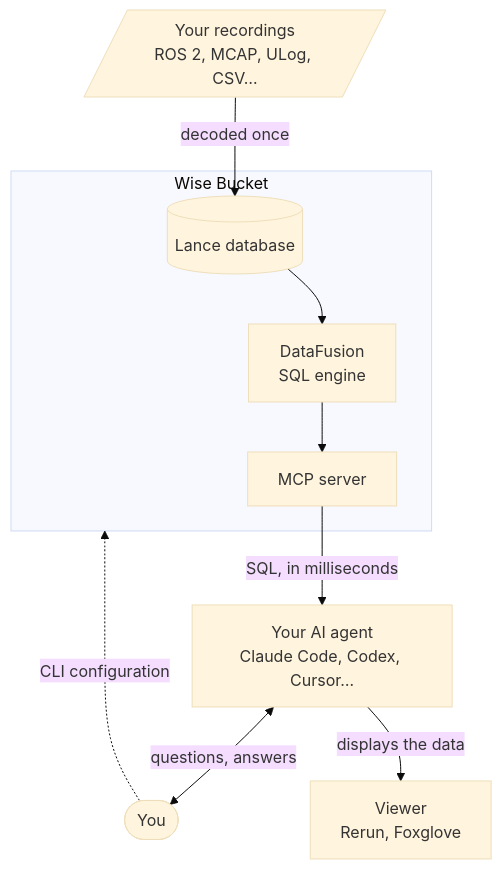
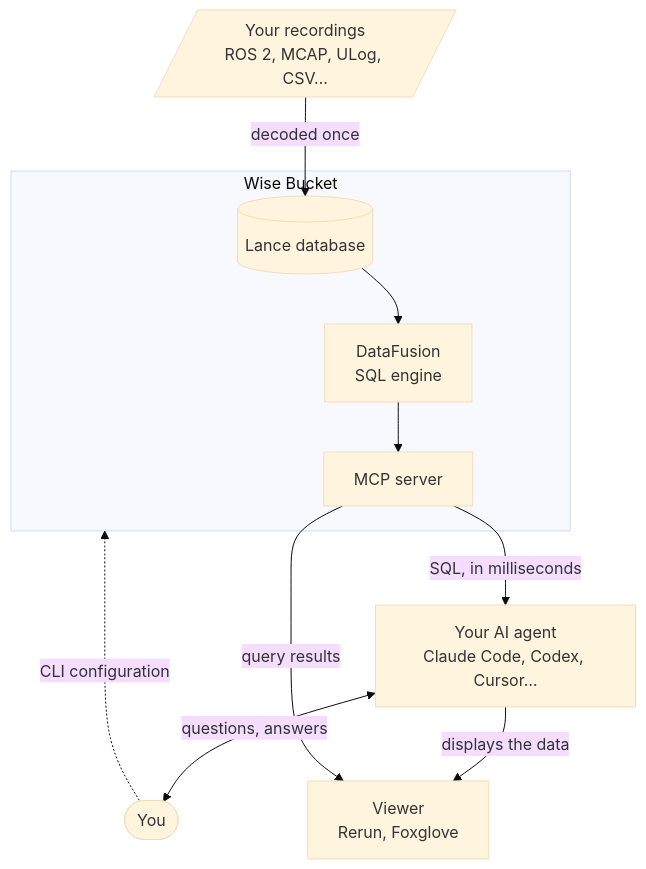
One commit to MBagory/wise-bucket changed the diagram in README.md. Above: the diagram before and after it, drawn with Mermaid (base theme). The commit also changed other lines of this file and 20 other files, not shown here.

Commit message:
Send query results to a running Rerun viewer

````diff
--- a/README.md
+++ b/README.md
@@ -40,11 +40,12 @@
 ```mermaid
 flowchart TB
     subgraph wb["Wise Bucket"]
         store[("Lance database")] --> engine["DataFusion<br/>SQL engine"] --> mcp["MCP server"]
     end
     rec[/"Your recordings<br/>ROS 2, MCAP, ULog, CSV…"/] -->|"decoded once"| store
     mcp -->|"SQL, in milliseconds"| agent["Your AI agent<br/>Claude Code, Codex, Cursor…"]
     agent <-->|"questions, answers"| you(["You"])
     agent -->|"displays the data"| viewer["Viewer<br/>Rerun, Foxglove"]
+    mcp -->|"query results"| viewer
     you -.->|"CLI configuration"| wb
 ```
````
